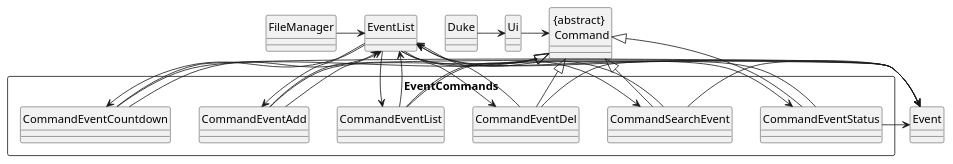
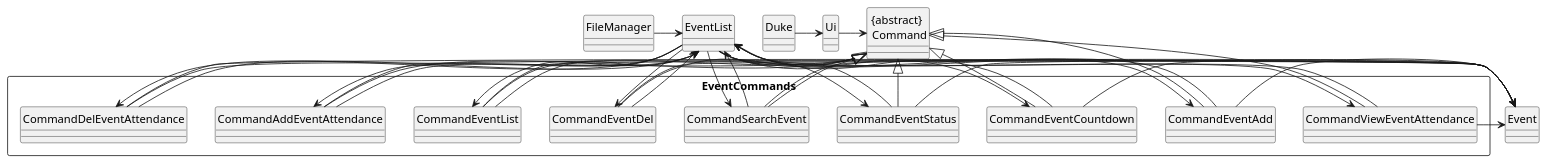
The diagram in docs/EventDiagram/EventArchitecture.puml (nus-cs2113-AY2021S1/tp), drawn with PlantUML before and after one commit. The commit also changed 10 other files, not shown here.

Commit message:
Corrected UML diagrams

```diff
--- a/docs/EventDiagram/EventArchitecture.puml
+++ b/docs/EventDiagram/EventArchitecture.puml
@@ -1,54 +1,66 @@
 @startuml
 hide circle
 skinparam classAttributeIconSize 0
 
 class "{abstract} \n Command" {
 }
 
 Rectangle EventCommands {
 "{abstract} \n Command" <|-- CommandEventAdd
 "{abstract} \n Command" <|-- CommandEventDel
 "{abstract} \n Command" <|-- CommandEventList
 "{abstract} \n Command" <|-- CommandSearchEvent
 "{abstract} \n Command" <|-- CommandEventStatus
 "{abstract} \n Command" <|-- CommandEventCountdown
+"{abstract} \n Command" <|-- CommandAddEventAttendance
+"{abstract} \n Command" <|-- CommandDelEventAttendance
+"{abstract} \n Command" <|-- CommandViewEventAttendance
 }
 
 
 
 CommandEventAdd <-- EventList
 EventList <-down- CommandEventAdd
 
 CommandEventDel <-- EventList
 EventList <-down- CommandEventDel
 
 CommandEventList <-- EventList
 EventList <-down- CommandEventList
 
 CommandSearchEvent <-- EventList
 EventList <-down- CommandSearchEvent
 
 CommandEventStatus <-- EventList
 EventList <-down- CommandEventStatus
 
 CommandEventCountdown <-- EventList
 EventList <-down- CommandEventCountdown
 
+CommandAddEventAttendance <-- EventList
+EventList <-down- CommandAddEventAttendance
 
+CommandDelEventAttendance <-- EventList
+EventList <-down- CommandDelEventAttendance
+
+CommandViewEventAttendance <-- EventList
+EventList <-down- CommandViewEventAttendance
 
 FileManager -> EventList
 
 
 CommandEventAdd -down> Event
 CommandEventCountdown -down> Event
 CommandEventStatus -down> Event
 CommandSearchEvent -down> Event
 CommandEventDel -down> Event
 CommandEventList -down> Event
-
+CommandAddEventAttendance -down> Event
+CommandDelEventAttendance -down> Event
+CommandViewEventAttendance -down> Event
 
 
 Duke -> Ui
 Ui -> "{abstract} \n Command"
 
 @enduml
```
